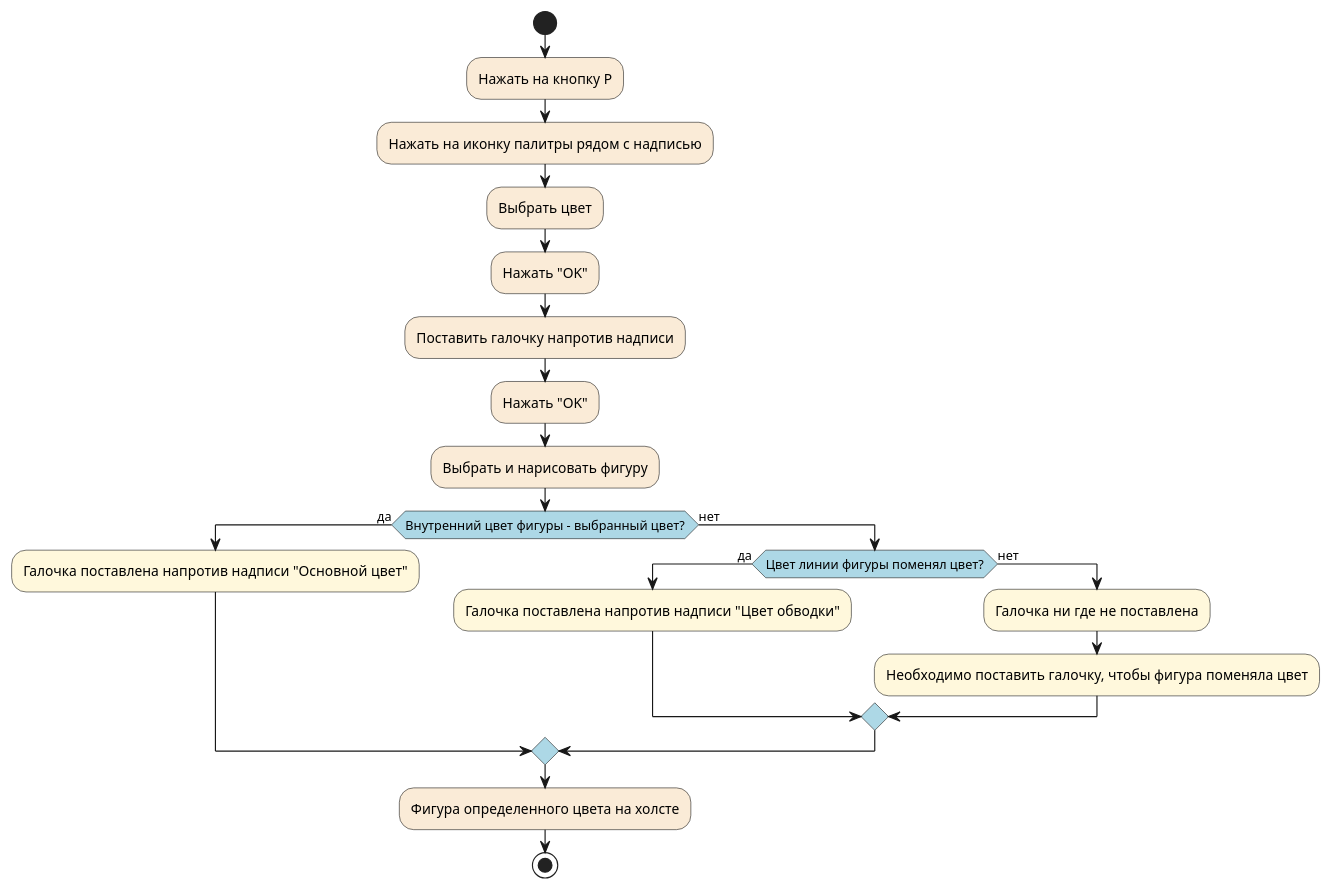
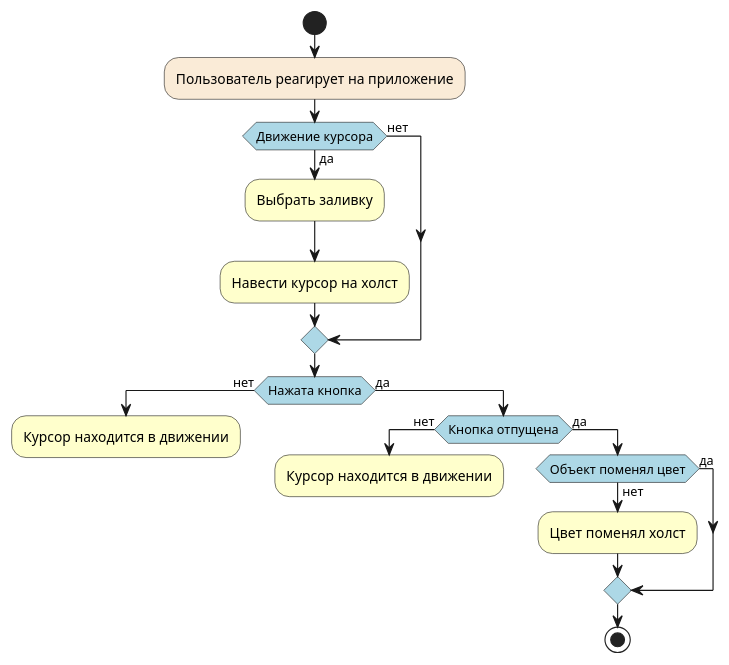
One commit to UnVeh/reposit changed the diagram in diagrams/activity3.puml. Above: the diagram before and after it, drawn with PlantUML.

```diff
--- a/diagrams/activity3.puml
+++ b/diagrams/activity3.puml
@@ -1,26 +1,26 @@
 @startuml
 skinparam activity {
     DiamondBackgroundColor LightBlue
 }
 start
-
-#AntiqueWhite:Нажать на кнопку P;
-#AntiqueWhite:Нажать на иконку палитры рядом с надписью;
-#AntiqueWhite:Выбрать цвет;
-#AntiqueWhite:Нажать "OK";
-#AntiqueWhite:Поставить галочку напротив надписи;
-#AntiqueWhite:Нажать "OK";
-#AntiqueWhite:Выбрать и нарисовать фигуру;
-if (Внутренний цвет фигуры - выбранный цвет?) then (да)
-#Cornsilk:Галочка поставлена напротив надписи "Основной цвет";
+#AntiqueWhite:Пользователь реагирует на приложение;
+if (Движение курсора) then (да)
+#Business:Выбрать заливку;
+#Business:Навести курсор на холст;
 else (нет)
-if (Цвет линии фигуры поменял цвет?) then (да)
-#Cornsilk:Галочка поставлена напротив надписи "Цвет обводки";
-else (нет)
-#Cornsilk:Галочка ни где не поставлена;
-#Cornsilk:Необходимо поставить галочку, чтобы фигура поменяла цвет;
 endif
+    if (Нажата кнопка) then (нет)
+    #Business:Курсор находится в движении;
+    kill
+    else (да)
+        if (Кнопка отпущена) then (нет)
+        #Business:Курсор находится в движении;
+        kill
+        else (да)
+            if (Объект поменял цвет) then (да)
+                else (нет)
+                #Business:Цвет поменял холст;
+               
 endif
-#AntiqueWhite:Фигура определенного цвета на холсте;
 stop
 @enduml
```
